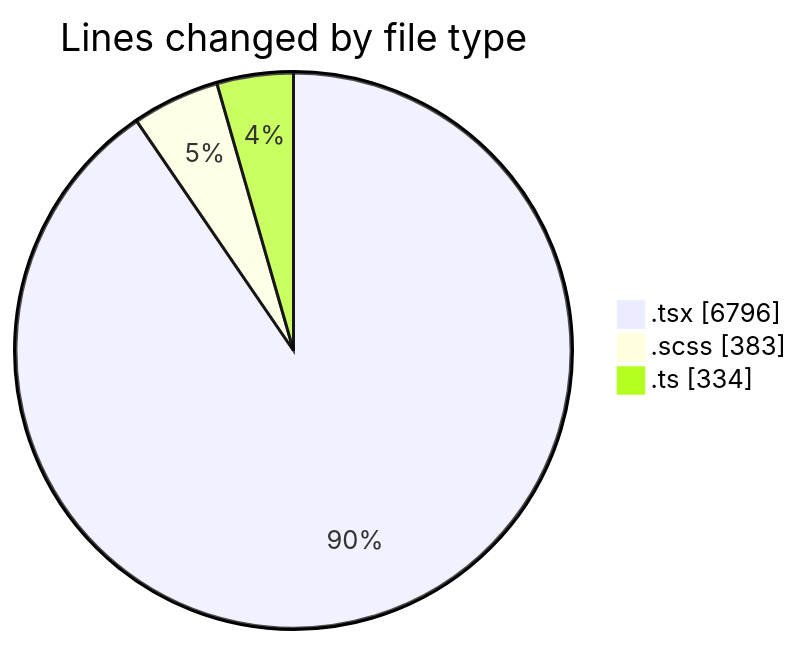
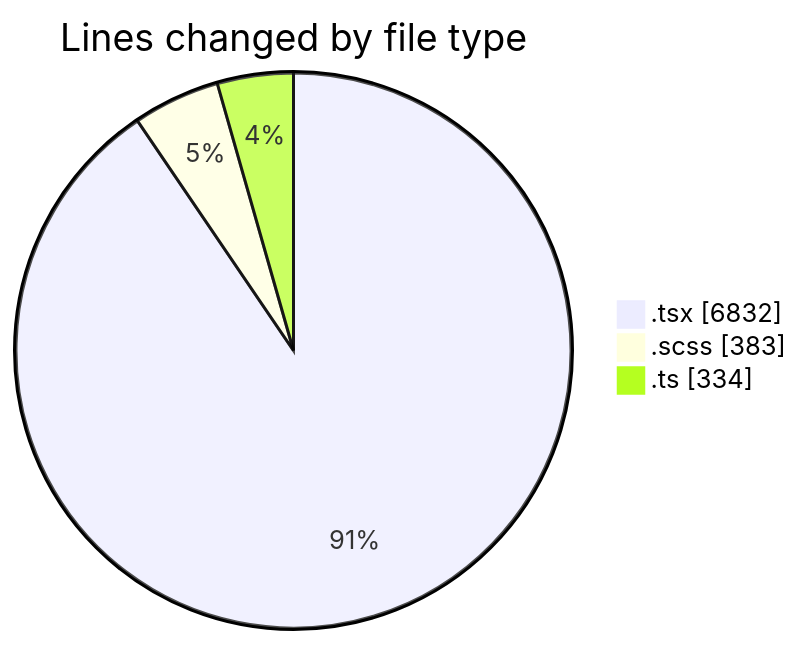
Before and after one commit to momahboobian/code-tracking: the first of 2 diagrams in 2025-07-03/cda/README.md, drawn with Mermaid. The commit also changed other lines of this file and 1 other file, not shown here.

````diff
--- a/2025-07-03/cda/README.md
+++ b/2025-07-03/cda/README.md
@@ -43,7 +43,7 @@
 ```mermaid
 pie showData
 title Lines changed by file type
-".tsx" : 6796
+".tsx" : 6832
 ".scss" : 383
 ".ts" : 334
 ```
````
